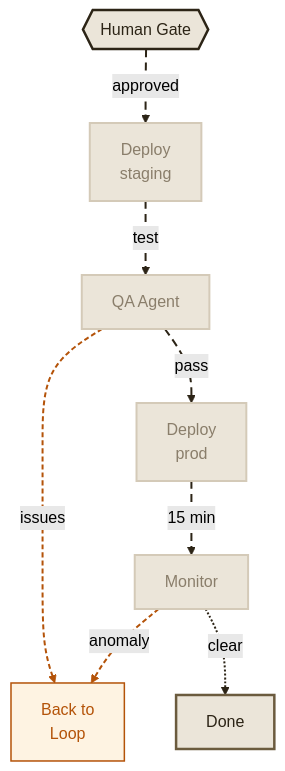
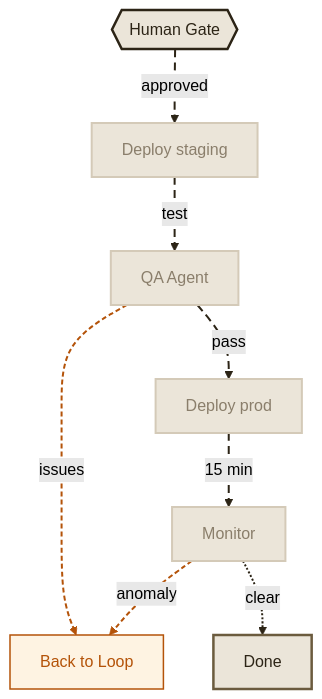
The fifth of 5 diagrams in docs/docs/concepts/index.mdx (dunkinfrunkin/maestro), drawn with Mermaid (forest theme) before and after one commit. The commit also changed other lines of this file and 1 other file, not shown here.

First line of the commit message:
fix: remove all line breaks from mermaid labels to prevent text clipping

````diff
--- a/docs/docs/concepts/index.mdx
+++ b/docs/docs/concepts/index.mdx
@@ -137,26 +137,26 @@
 ```mermaid
 graph TB
-  HG{{"Human Gate"}} -. "approved" .-> DA["Deploy<br/>staging"]
+  HG{{"Human Gate"}} -. "approved" .-> DA["Deploy staging"]
   DA -. "test" .-> QA["QA Agent"]
-  QA -. "issues" .-> BACK["Back to<br/>Loop"]
-  QA -. "pass" .-> DA2["Deploy<br/>prod"]
+  QA -. "issues" .-> BACK["Back to Loop"]
+  QA -. "pass" .-> DA2["Deploy prod"]
   DA2 -. "15 min" .-> MA["Monitor"]
   MA -. "anomaly" .-> BACK
   MA -. "clear" .-> DONE["Done"]
 
   style HG fill:#ebe5d9,stroke:#2c2416,stroke-width:2.5px,color:#2c2416
   style DA fill:#ebe5d9,stroke:#d4cab8,stroke-width:2px,color:#8a7e6b
   style QA fill:#ebe5d9,stroke:#d4cab8,stroke-width:2px,color:#8a7e6b
   style DA2 fill:#ebe5d9,stroke:#d4cab8,stroke-width:2px,color:#8a7e6b
   style MA fill:#ebe5d9,stroke:#d4cab8,stroke-width:2px,color:#8a7e6b
   style BACK fill:#fef3e2,stroke:#b45309,stroke-width:1.5px,color:#b45309
   style DONE fill:#ebe5d9,stroke:#6b5b3e,stroke-width:2.5px,color:#2c2416
 
   linkStyle 0 stroke:#2c2416,stroke-width:2px,stroke-dasharray:8 5
   linkStyle 1 stroke:#2c2416,stroke-width:2px,stroke-dasharray:8 5
   linkStyle 2 stroke:#b45309,stroke-width:2px,stroke-dasharray:5 3
   linkStyle 3 stroke:#2c2416,stroke-width:2px,stroke-dasharray:8 5
   linkStyle 4 stroke:#2c2416,stroke-width:2px,stroke-dasharray:8 5
   linkStyle 5 stroke:#b45309,stroke-width:2px,stroke-dasharray:5 3
   linkStyle 6 stroke:#2c2416,stroke-width:2px
 ```
````
